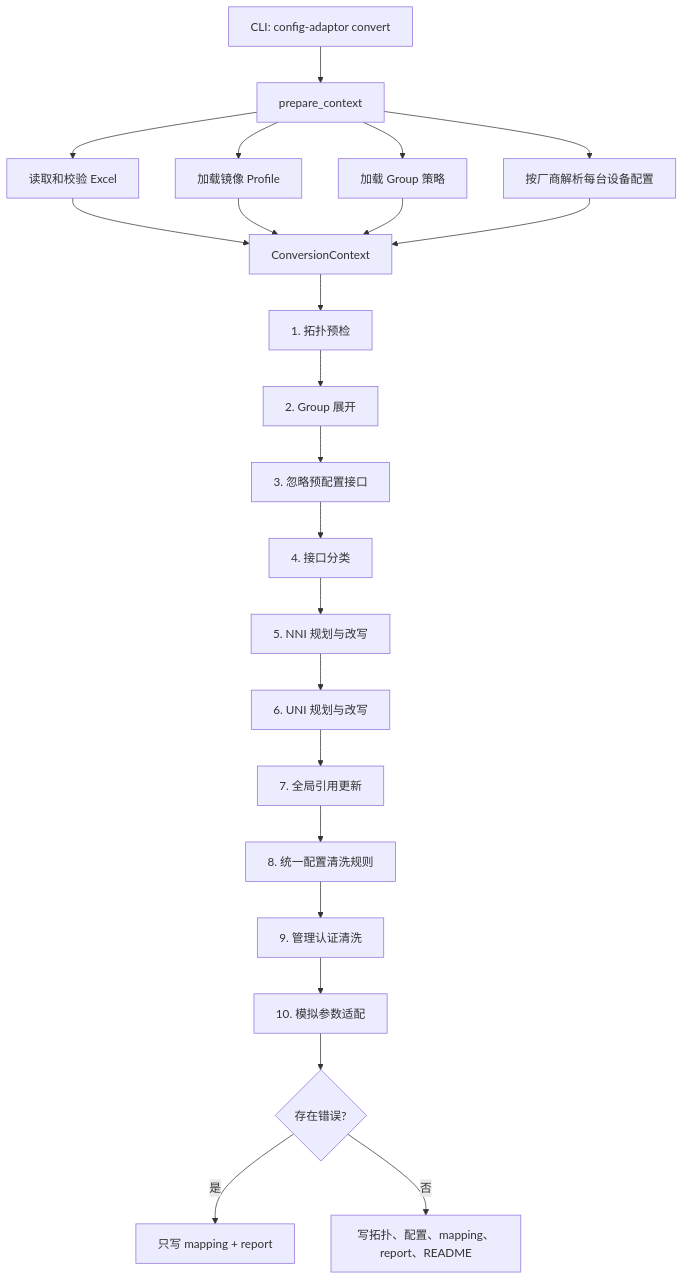
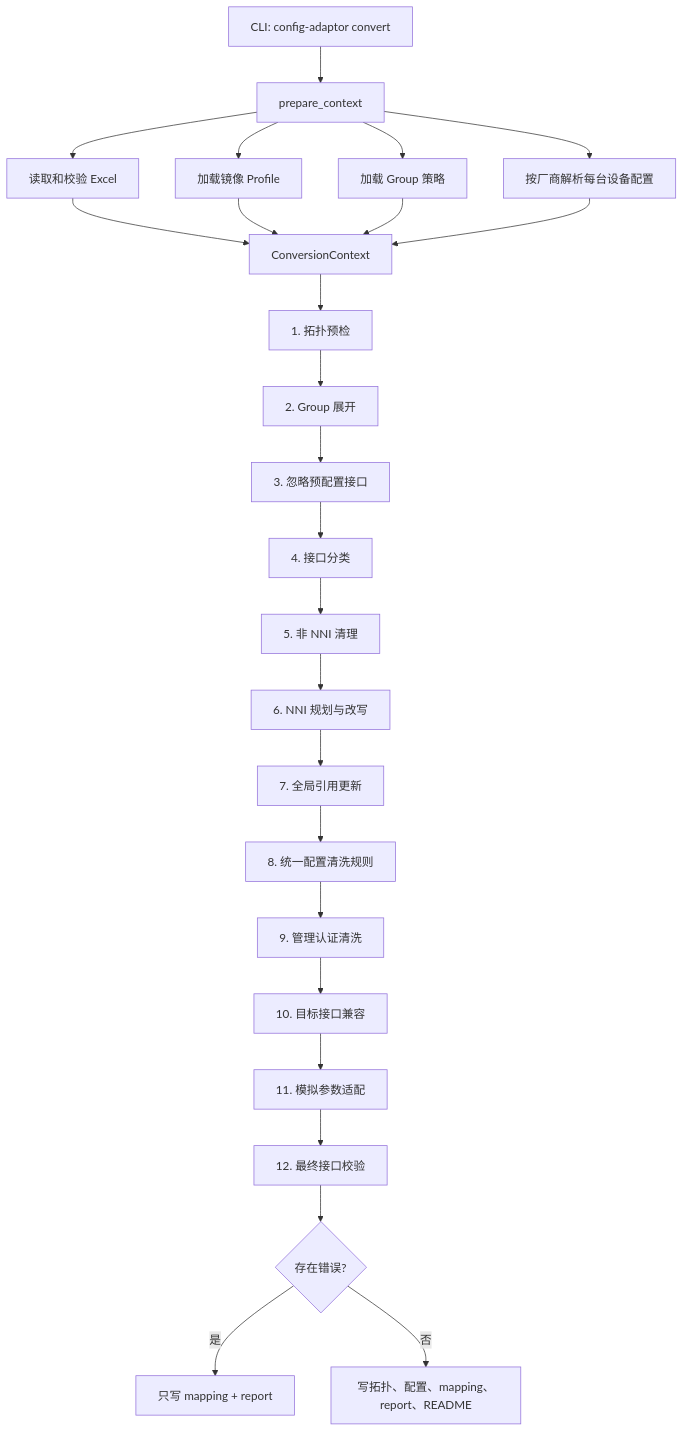
The third of 9 diagrams in docs/onboarding-guide.md (xiaobaozi01/config-mapping), drawn with Mermaid before and after one commit. The commit also changed other lines of this file and 83 other files, not shown here.

First line of the commit message:
Preserve NNI aggregates and remove UNI consolidation

````diff
--- a/docs/onboarding-guide.md
+++ b/docs/onboarding-guide.md
@@ -159,27 +155,29 @@
 ```mermaid
 flowchart TD
     CLI[CLI: config-adaptor convert] --> Prepare[prepare_context]
     Prepare --> Excel[读取和校验 Excel]
     Prepare --> Profiles[加载镜像 Profile]
     Prepare --> Policy[加载 Group 策略]
     Prepare --> Parse[按厂商解析每台设备配置]
 
     Excel --> Context[ConversionContext]
     Profiles --> Context
     Policy --> Context
     Parse --> Context
 
     Context --> Preflight[1. 拓扑预检]
     Preflight --> Groups[2. Group 展开]
     Groups --> Preconfigured[3. 忽略预配置接口]
     Preconfigured --> Classify[4. 接口分类]
-    Classify --> NNI[5. NNI 规划与改写]
-    NNI --> UNI[6. UNI 规划与改写]
-    UNI --> Rewrite[7. 全局引用更新]
+    Classify --> Cleanup[5. 非 NNI 清理]
+    Cleanup --> NNI[6. NNI 规划与改写]
+    NNI --> Rewrite[7. 全局引用更新]
     Rewrite --> Rules[8. 统一配置清洗规则]
     Rules --> Auth[9. 管理认证清洗]
-    Auth --> Simulation[10. 模拟参数适配]
-    Simulation --> HasError{存在错误?}
+    Auth --> Compatibility[10. 目标接口兼容]
+    Compatibility --> Simulation[11. 模拟参数适配]
+    Simulation --> Validation[12. 最终接口校验]
+    Validation --> HasError{存在错误?}
     HasError -->|是| Diagnostics[只写 mapping + report]
     HasError -->|否| Outputs[写拓扑、配置、mapping、report、README]
 ```
````
